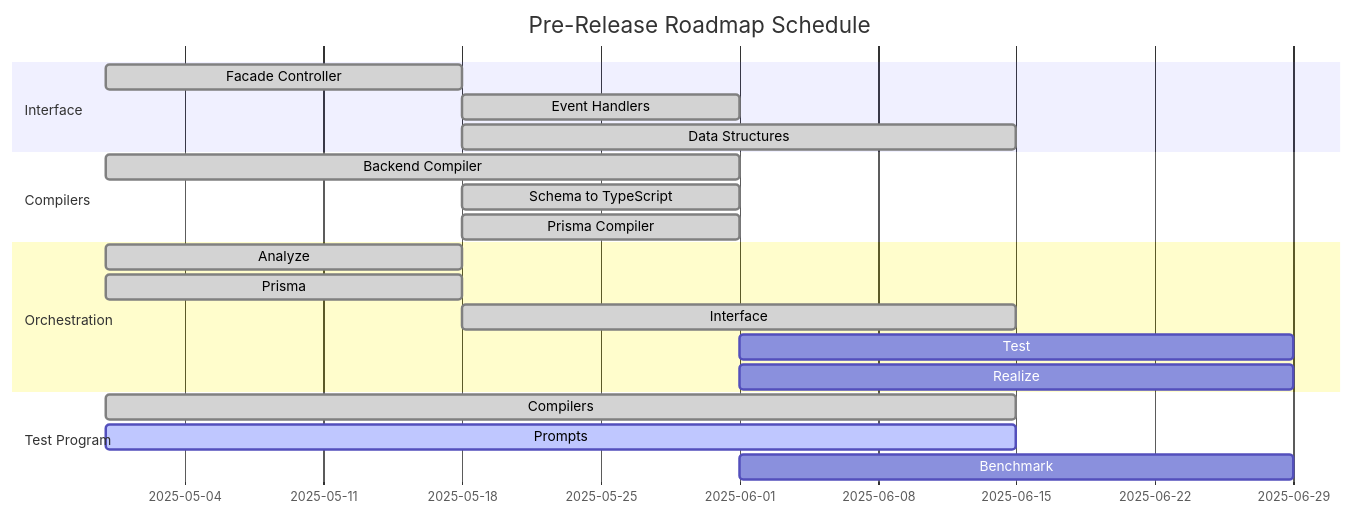
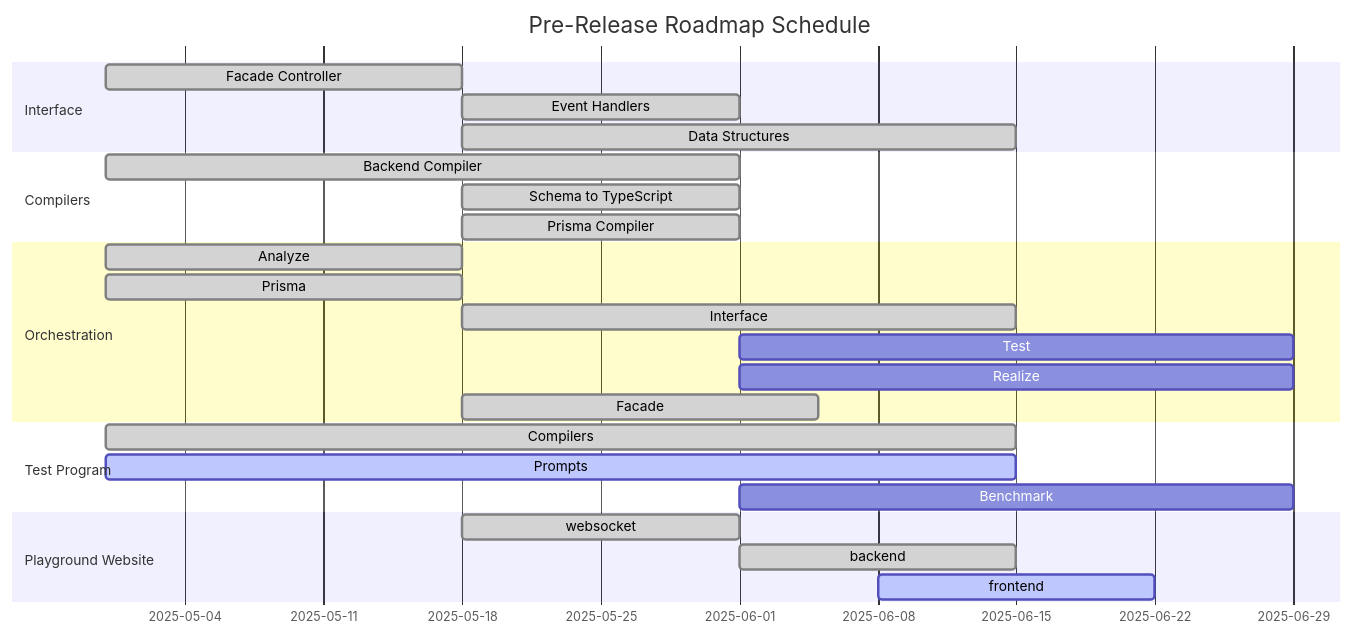
Before and after one commit to RavenView-ai/autobe: the third of 3 diagrams in README.md, drawn with Mermaid. The commit also changed 15 other files, not shown here.

````diff
--- a/README.md
+++ b/README.md
@@ -404,27 +404,33 @@
 ```mermaid
 gantt
   dateFormat YYYY-MM-DD
   title Pre-Release Roadmap Schedule
 
   section Interface
   Facade Controller: done, 2025-04-30, 18d
   Event Handlers:    done, 2025-05-18, 14d
   Data Structures:   done, 2025-05-18, 28d
 
   section Compilers
   Backend Compiler:     done, 2025-04-30, 32d
   Schema to TypeScript: done, 2025-05-18, 14d
   Prisma Compiler:      done, 2025-05-18, 14d
 
   section Orchestration
   Analyze  : done,    2025-04-30, 18d
   Prisma   : done,    2025-04-30, 18d
   Interface: done,    2025-05-18, 28d
   Test     : planned, 2025-06-01, 28d
   Realize  : planned, 2025-06-01, 28d
+  Facade   : done,    2025-05-18, 18d
 
   section Test Program
   Compilers: done,    2025-04-30, 46d
   Prompts:   active,  2025-04-30, 46d
   Benchmark: planned, 2025-06-01, 28d
+
+  section Playground Website
+  websocket: done,   2025-05-18, 14d
+  backend  : done,   2025-06-01, 14d
+  frontend : active, 2025-06-08, 14d
 ```
````
